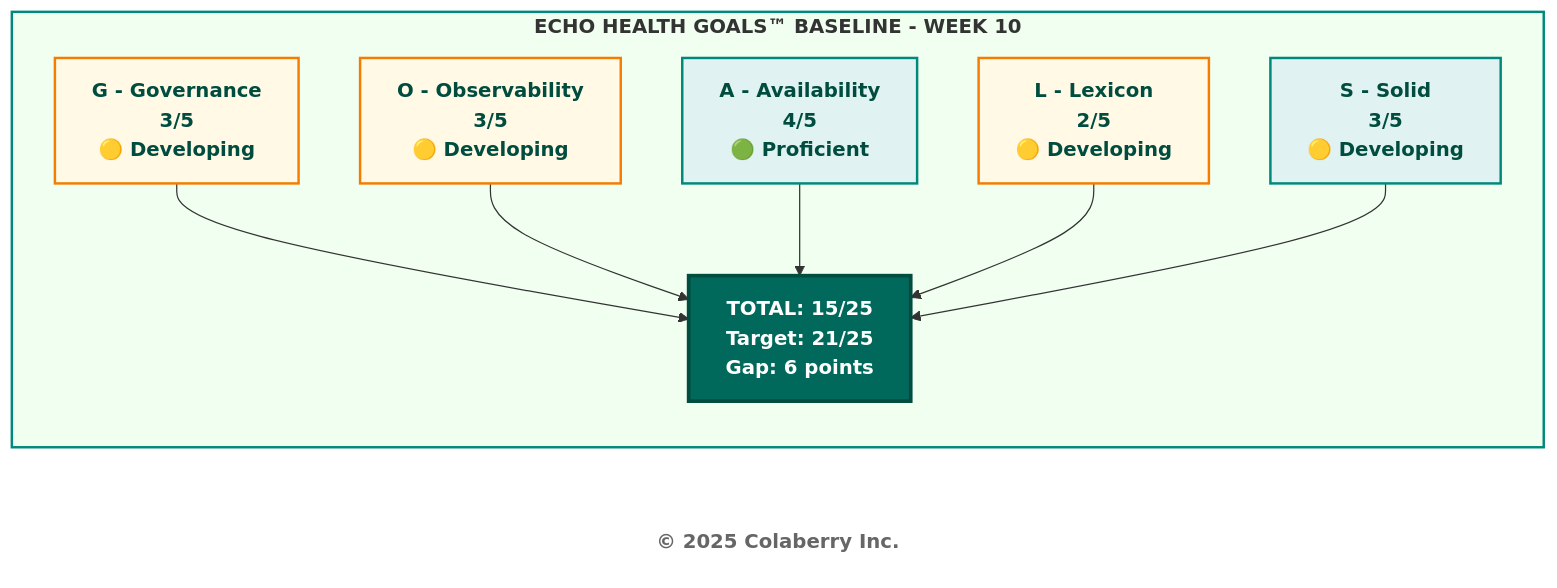
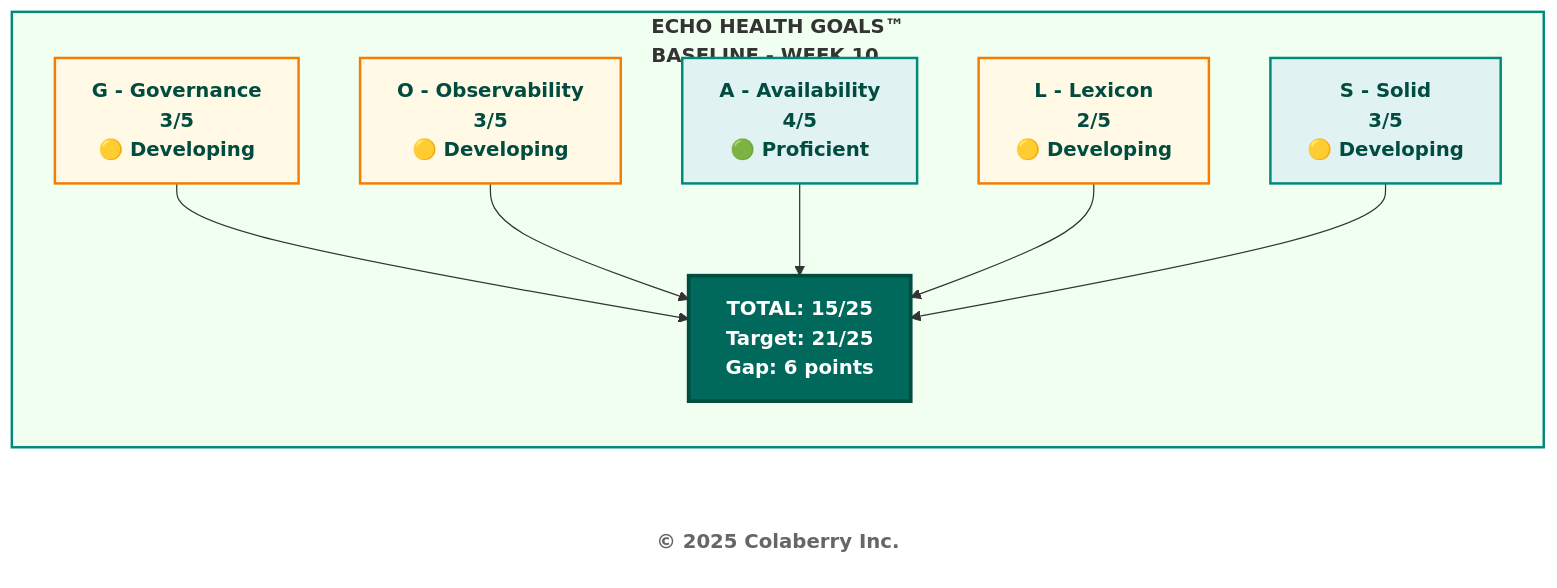
Before and after one commit to saitejesh-cyber/trust-before-intelligence-book: the first of 11 diagrams in manuscript/09_chapter_8_architecture_of_trust_in_action.md, drawn with Mermaid. The commit also changed other lines of this file, not shown here.

````diff
--- a/manuscript/09_chapter_8_architecture_of_trust_in_action.md
+++ b/manuscript/09_chapter_8_architecture_of_trust_in_action.md
@@ -50,29 +50,29 @@
 ```mermaid
 graph LR
-  subgraph BASELINE["<b>ECHO HEALTH GOALS™ BASELINE - WEEK 10</b>"]
+  subgraph BASELINE["<b>ECHO HEALTH GOALS™<br/>BASELINE - WEEK 10</b>"]
     G["<b>G - Governance</b><br/><b>3/5</b><br/><b>🟡 Developing</b>"]
     O["<b>O - Observability</b><br/><b>3/5</b><br/><b>🟡 Developing</b>"]
     A["<b>A - Availability</b><br/><b>4/5</b><br/><b>🟢 Proficient</b>"]
     L["<b>L - Lexicon</b><br/><b>2/5</b><br/><b>🟡 Developing</b>"]
     S["<b>S - Solid</b><br/><b>3/5</b><br/><b>🟡 Developing</b>"]
     
     TOTAL["<b>TOTAL: 15/25</b><br/><b>Target: 21/25</b><br/><b>Gap: 6 points</b>"]
   end
   
   G --> TOTAL
   O --> TOTAL
   A --> TOTAL
   L --> TOTAL
   S --> TOTAL
   
   style BASELINE fill:#f0fff0,stroke:#00897b,stroke-width:2px
   style G fill:#fff9e6,stroke:#f57c00,stroke-width:2px,color:#004d40
   style O fill:#fff9e6,stroke:#f57c00,stroke-width:2px,color:#004d40
   style A fill:#e0f2f1,stroke:#00897b,stroke-width:2px,color:#004d40
   style L fill:#fff9e6,stroke:#f57c00,stroke-width:2px,color:#004d40
   style S fill:#e0f2f1,stroke:#00897b,stroke-width:2px,color:#004d40
   style TOTAL fill:#00695c,color:#ffffff,stroke:#004d40,stroke-width:3px
   
   Copyright["<b>© 2025 Colaberry Inc.</b>"]
   style Copyright fill:#ffffff,stroke:none,color:#666666
 ```
````
